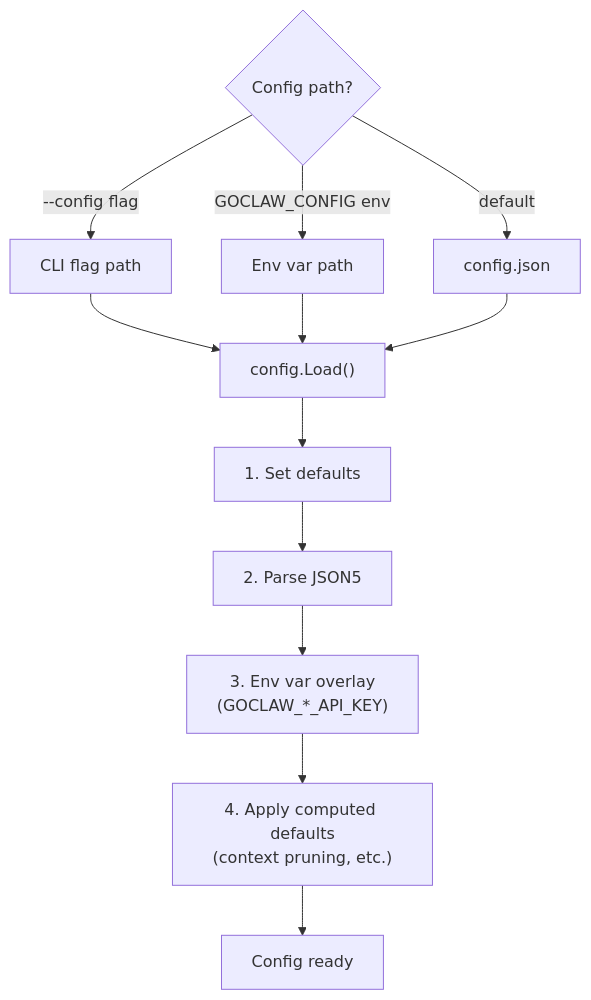
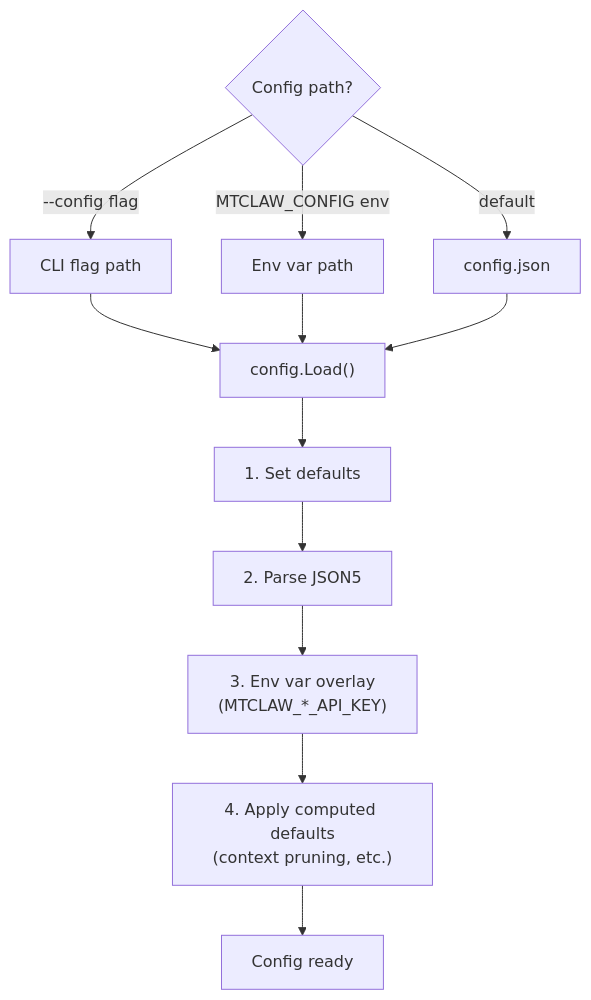
The sixth of 6 diagrams in docs/02-design/system-architecture-overview.md (Minh-Tam-Solution/MTClaw), drawn with Mermaid before and after one commit. The commit also changed other lines of this file and 20 other files, not shown here.

First line of the commit message:
docs: GOCLAW_ → MTCLAW_ prefix in deployment and architecture docs

````diff
--- a/docs/02-design/system-architecture-overview.md
+++ b/docs/02-design/system-architecture-overview.md
@@ -400,13 +400,13 @@
 ```mermaid
 flowchart TD
     A{Config path?} -->|--config flag| B[CLI flag path]
-    A -->|GOCLAW_CONFIG env| C[Env var path]
+    A -->|MTCLAW_CONFIG env| C[Env var path]
     A -->|default| D["config.json"]
 
     B & C & D --> LOAD["config.Load()"]
     LOAD --> S1["1. Set defaults"]
     S1 --> S2["2. Parse JSON5"]
-    S2 --> S3["3. Env var overlay<br/>(GOCLAW_*_API_KEY)"]
+    S2 --> S3["3. Env var overlay<br/>(MTCLAW_*_API_KEY)"]
     S3 --> S4["4. Apply computed defaults<br/>(context pruning, etc.)"]
     S4 --> READY[Config ready]
 ```
````
